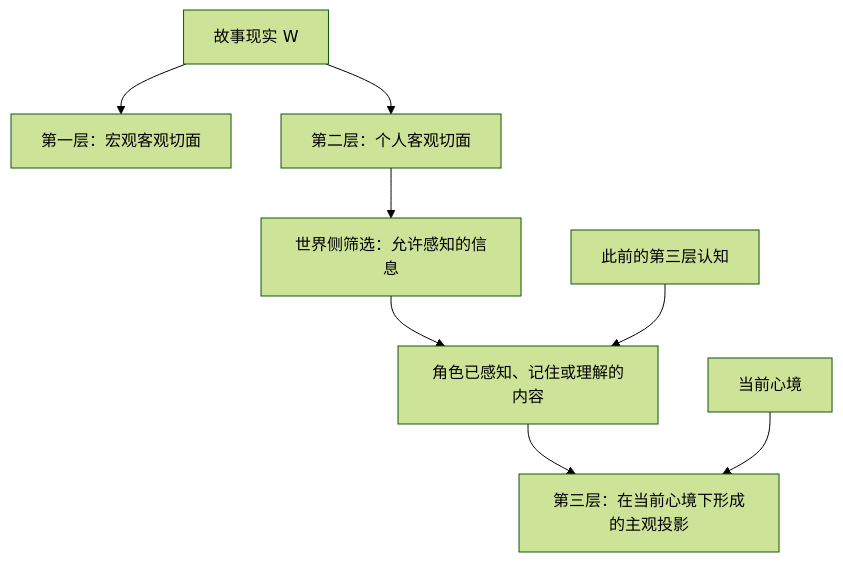
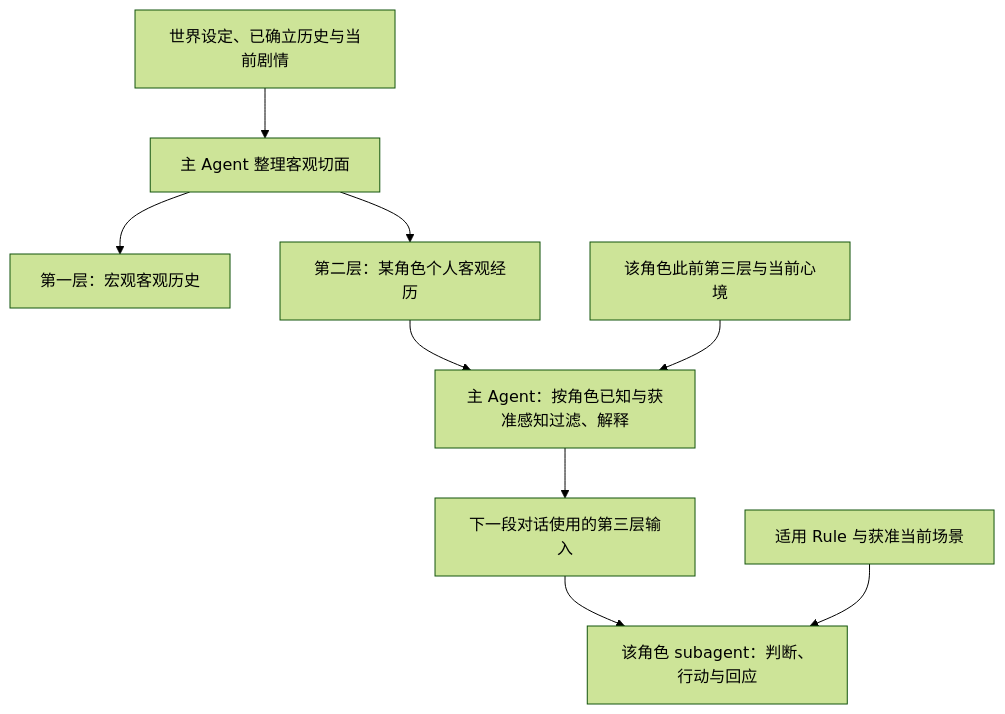
The first of 2 diagrams in README.md (NakanoIchirou/Storyline-Memory), drawn with Mermaid (forest theme) before and after one commit. The commit also changed other lines of this file and 1 other file, not shown here.

Commit message:
Clarify main-agent projection and isolated role decision flow

````diff
--- a/README.md
+++ b/README.md
@@ -13,10 +13,11 @@
 ```mermaid
 flowchart TD
-    W["故事现实 W"] --> M["第一层：宏观客观切面"]
-    W --> O["第二层：个人客观切面"]
-    O --> G["世界侧筛选：允许感知的信息"]
-    G --> K["角色已感知、记住或理解的内容"]
-    P["此前的第三层认知"] --> K
-    K --> S["第三层：在当前心境下形成的主观投影"]
-    H["当前心境"] --> S
+    W["世界设定、已确立历史与当前剧情"] --> A["主 Agent 整理客观切面"]
+    A --> M["第一层：宏观客观历史"]
+    A --> O["第二层：某角色个人客观经历"]
+    O --> G["主 Agent：按角色已知与获准感知过滤、解释"]
+    P["该角色此前第三层与当前心境"] --> G
+    G --> S["下一段对话使用的第三层输入"]
+    S --> B["该角色 subagent：判断、行动与回应"]
+    R["适用 Rule 与获准当前场景"] --> B
 ```
````
